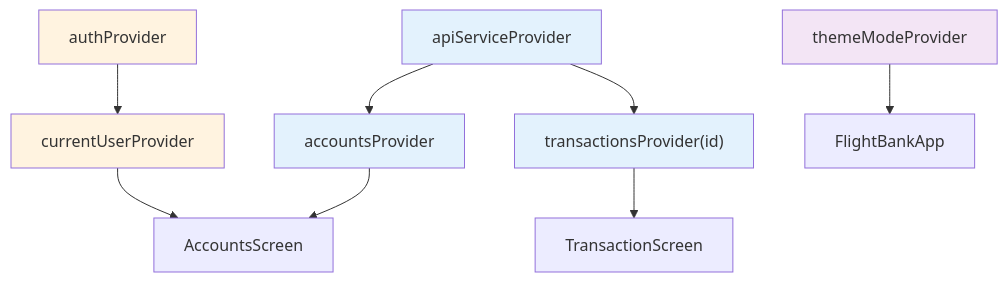
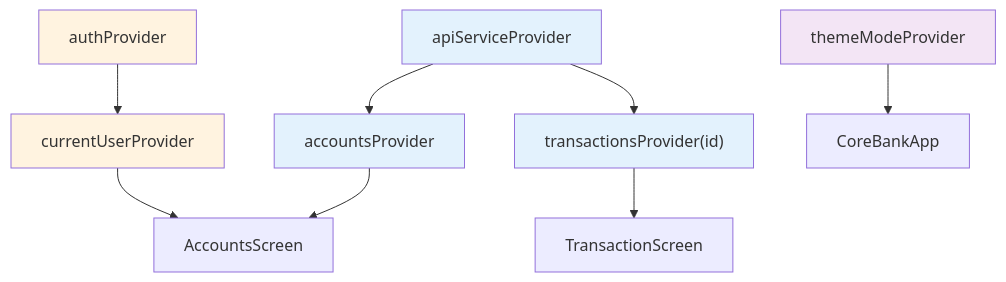
Before and after one commit to team360r/CoreBank: the diagram in docs-site/docs/chapters/06-autopilot/06-autopilot-2.mdx, drawn with Mermaid. The commit also changed other lines of this file and 38 other files, not shown here.

First line of the commit message:
refactor: rename project from FlightBank to CoreBank

````diff
--- a/docs-site/docs/chapters/06-autopilot/06-autopilot-2.mdx
+++ b/docs-site/docs/chapters/06-autopilot/06-autopilot-2.mdx
@@ -323,17 +323,17 @@
 ```mermaid
 graph TD
   API["apiServiceProvider"] --> ACC["accountsProvider"]
   API --> TX["transactionsProvider(id)"]
   AUTH["authProvider"] --> USER["currentUserProvider"]
-  THEME["themeModeProvider"] --> APP["FlightBankApp"]
+  THEME["themeModeProvider"] --> APP["CoreBankApp"]
   ACC --> HOME["AccountsScreen"]
   TX --> DETAIL["TransactionScreen"]
   USER --> HOME
 
   style API fill:#e3f2fd
   style ACC fill:#e3f2fd
   style TX fill:#e3f2fd
   style AUTH fill:#fff3e0
   style USER fill:#fff3e0
   style THEME fill:#f3e5f5
 ```
````
